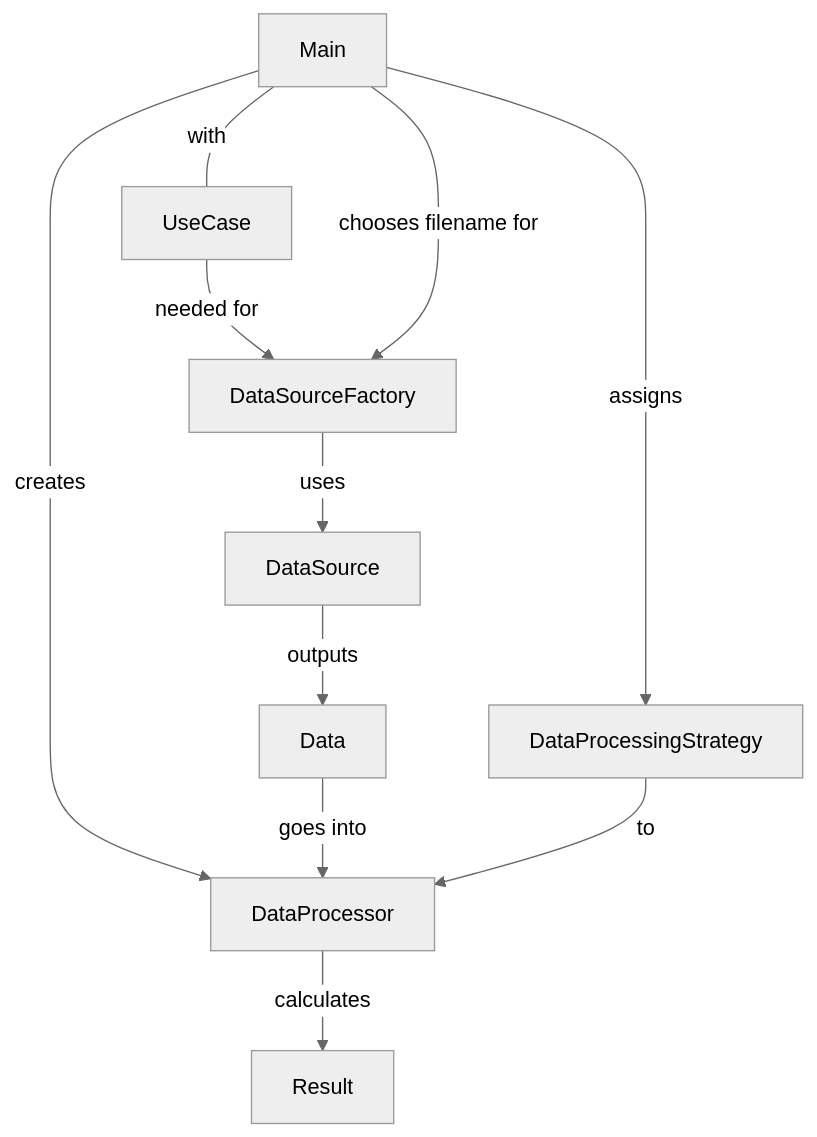
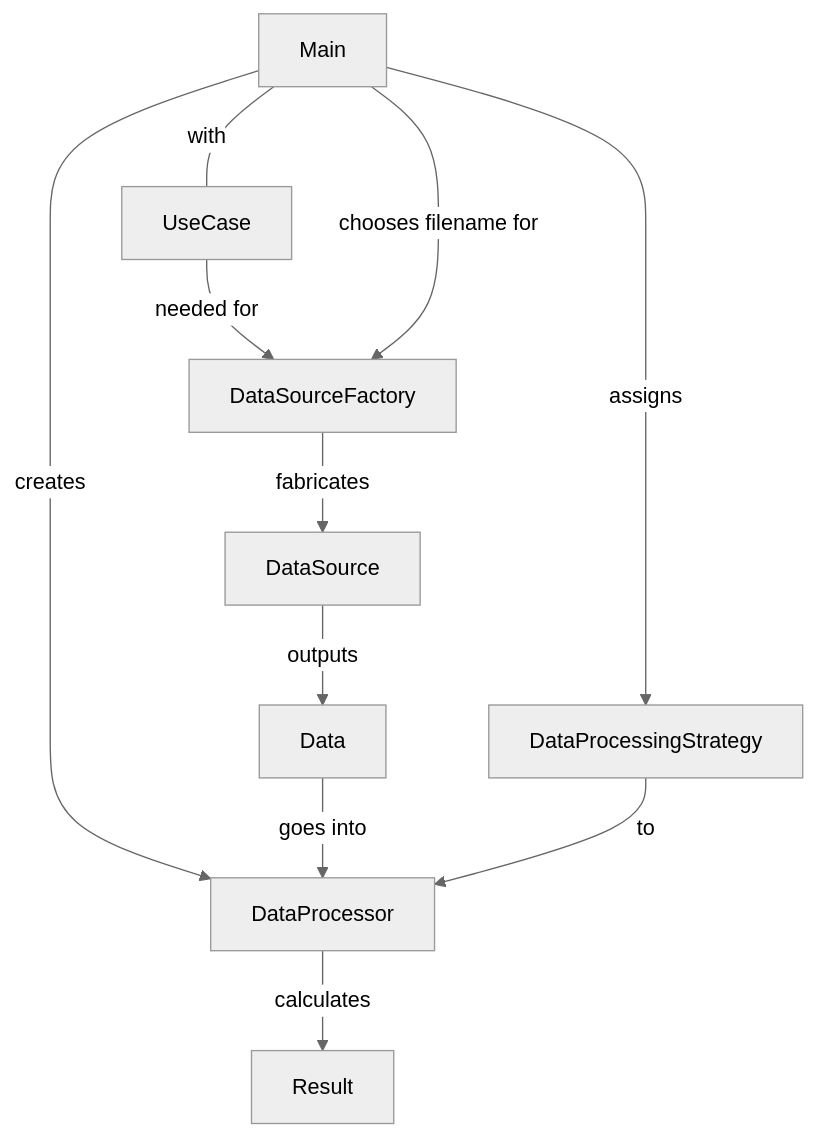
One commit to rklasen/programming-challenge changed the first of 6 diagrams in README-Solution.md. Above: the diagram before and after it, drawn with Mermaid (neutral theme). The commit also changed other lines of this file, not shown here.

Commit message:
refined the structure. there is now only TabularData, no other data type.

````diff
--- a/README-Solution.md
+++ b/README-Solution.md
@@ -7,13 +7,13 @@
 ```mermaid
 flowchart TD
 Main -- with --- UseCase
 UseCase -- needed for --> DataSourceFactory
 Main -- chooses filename for --> DataSourceFactory
 Main -- creates --> DataProcessor
 Main -- assigns --> DataProcessingStrategy
-DataSourceFactory -- uses --> DataSource
+DataSourceFactory -- fabricates --> DataSource
 DataSource -- outputs --> Data
 Data -- goes into --> DataProcessor
 DataProcessingStrategy -- to --> DataProcessor
 DataProcessor -- calculates --> Result
 ```
````
